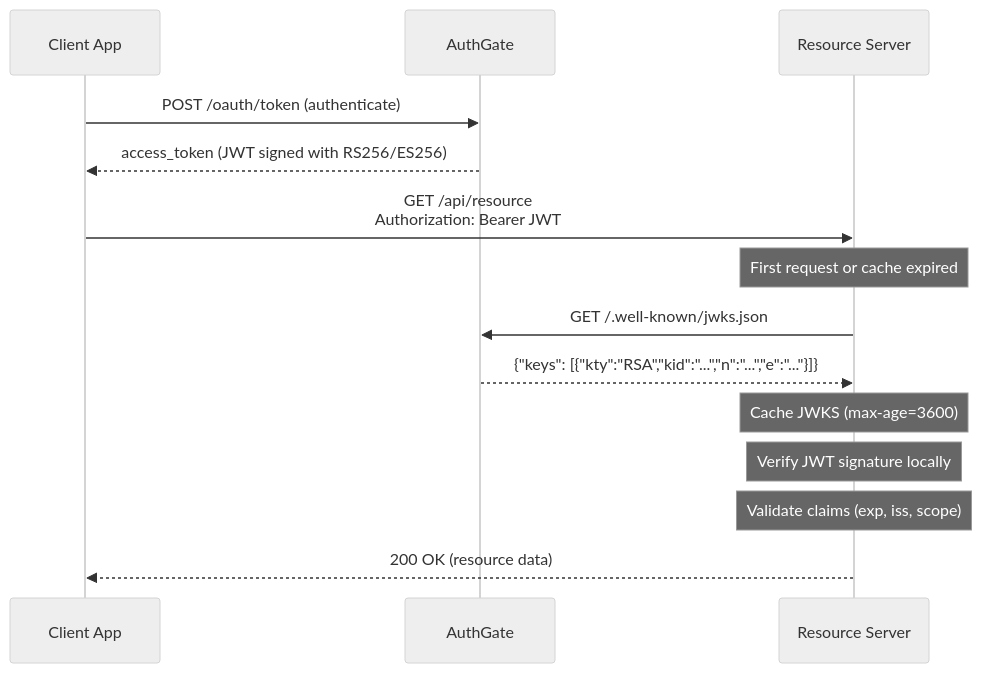
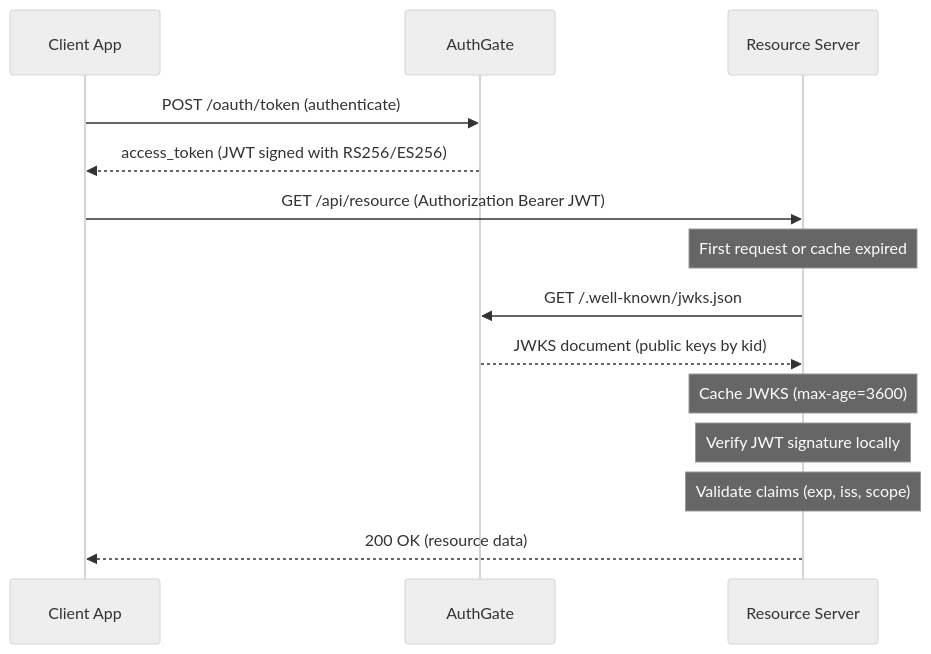
The diagram in internal/templates/docs/jwt-verification.md (appleboy/authgate), drawn with Mermaid (neutral theme) before and after one commit. The commit also changed other lines of this file and 9 other files, not shown here.

````diff
--- a/internal/templates/docs/jwt-verification.md
+++ b/internal/templates/docs/jwt-verification.md
@@ -30,20 +32,20 @@
 ```mermaid
 sequenceDiagram
     participant Client as Client App
     participant AuthGate as AuthGate
     participant RS as Resource Server
 
     Client->>AuthGate: POST /oauth/token (authenticate)
     AuthGate-->>Client: access_token (JWT signed with RS256/ES256)
 
-    Client->>RS: GET /api/resource<br/>Authorization: Bearer JWT
+    Client->>RS: GET /api/resource (Authorization Bearer JWT)
 
     note over RS: First request or cache expired
     RS->>AuthGate: GET /.well-known/jwks.json
-    AuthGate-->>RS: {"keys": [{"kty":"RSA","kid":"...","n":"...","e":"..."}]}
+    AuthGate-->>RS: JWKS document (public keys by kid)
 
     note over RS: Cache JWKS (max-age=3600)
     note over RS: Verify JWT signature locally
     note over RS: Validate claims (exp, iss, scope)
     RS-->>Client: 200 OK (resource data)
 ```
````
